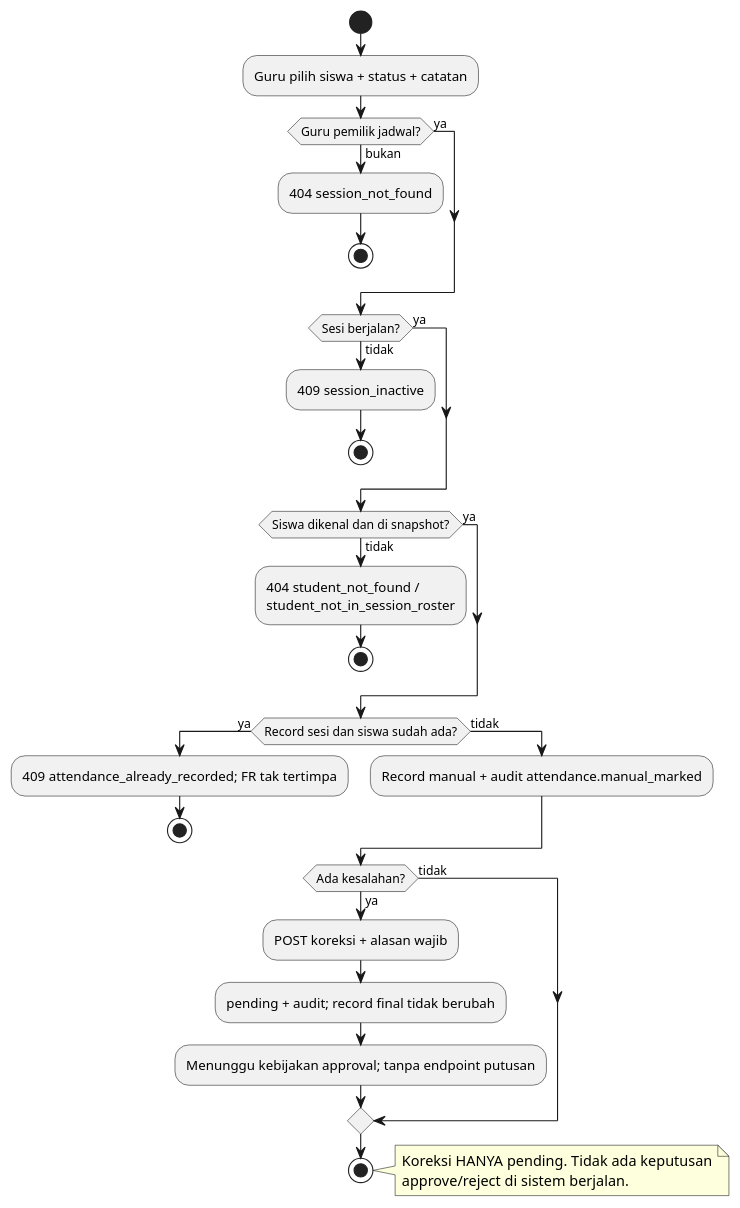
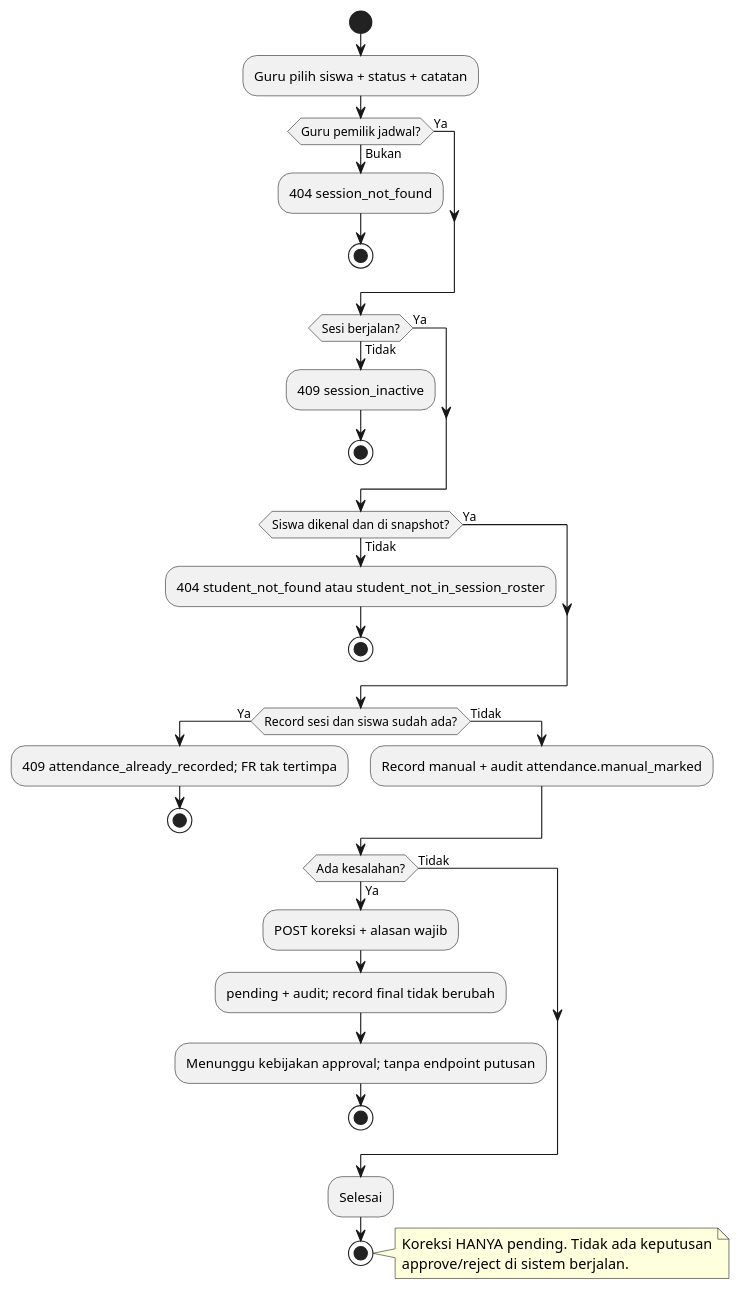
The diagram in docs/diagrams/plantuml/act-f07-manual.puml (mygads/Face-Recognition-Capstone), drawn with PlantUML before and after one commit. The commit also changed 58 other files, not shown here.

First line of the commit message:
Refactor activity diagrams and update flow descriptions

```diff
--- a/docs/diagrams/plantuml/act-f07-manual.puml
+++ b/docs/diagrams/plantuml/act-f07-manual.puml
@@ -1,38 +1,40 @@
 @startuml
 ' Activity F-07 Presensi manual + koreksi — docs/proposal/05-activity.md §5.7
 start
 :Guru pilih siswa + status + catatan;
-if (Guru pemilik jadwal?) then (bukan)
+if (Guru pemilik jadwal?) then (Bukan)
   :404 session_not_found;
   stop
-else (ya)
+else (Ya)
 endif
-if (Sesi berjalan?) then (tidak)
+if (Sesi berjalan?) then (Tidak)
   :409 session_inactive;
   stop
-else (ya)
+else (Ya)
 endif
-if (Siswa dikenal dan di snapshot?) then (tidak)
-  :404 student_not_found /\nstudent_not_in_session_roster;
+if (Siswa dikenal dan di snapshot?) then (Tidak)
+  :404 student_not_found atau student_not_in_session_roster;
   stop
-else (ya)
+else (Ya)
 endif
-if (Record sesi dan siswa sudah ada?) then (ya)
+if (Record sesi dan siswa sudah ada?) then (Ya)
   :409 attendance_already_recorded; FR tak tertimpa;
   stop
-else (tidak)
+else (Tidak)
   :Record manual + audit attendance.manual_marked;
 endif
-if (Ada kesalahan?) then (ya)
+if (Ada kesalahan?) then (Ya)
   :POST koreksi + alasan wajib;
   :pending + audit; record final tidak berubah;
   :Menunggu kebijakan approval; tanpa endpoint putusan;
-else (tidak)
+  stop
+else (Tidak)
 endif
+:Selesai;
 stop
 
 note right
   Koreksi HANYA pending. Tidak ada keputusan
   approve/reject di sistem berjalan.
 end note
 @enduml
```
